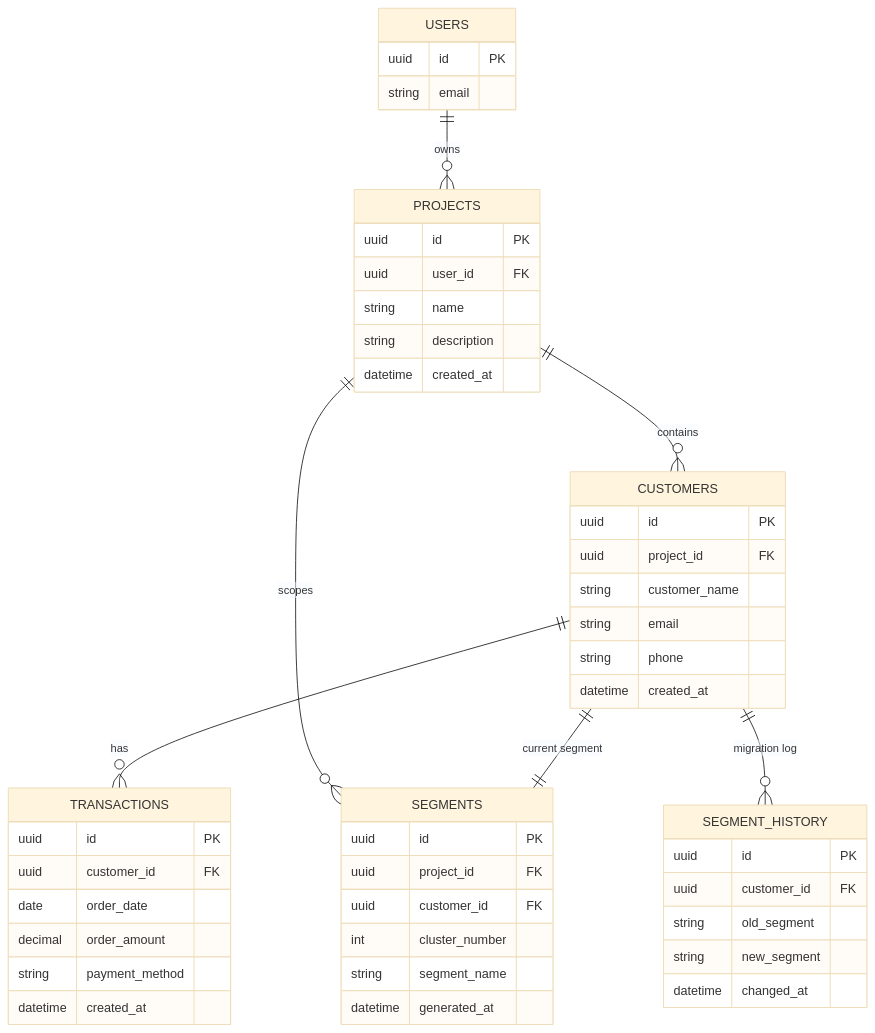
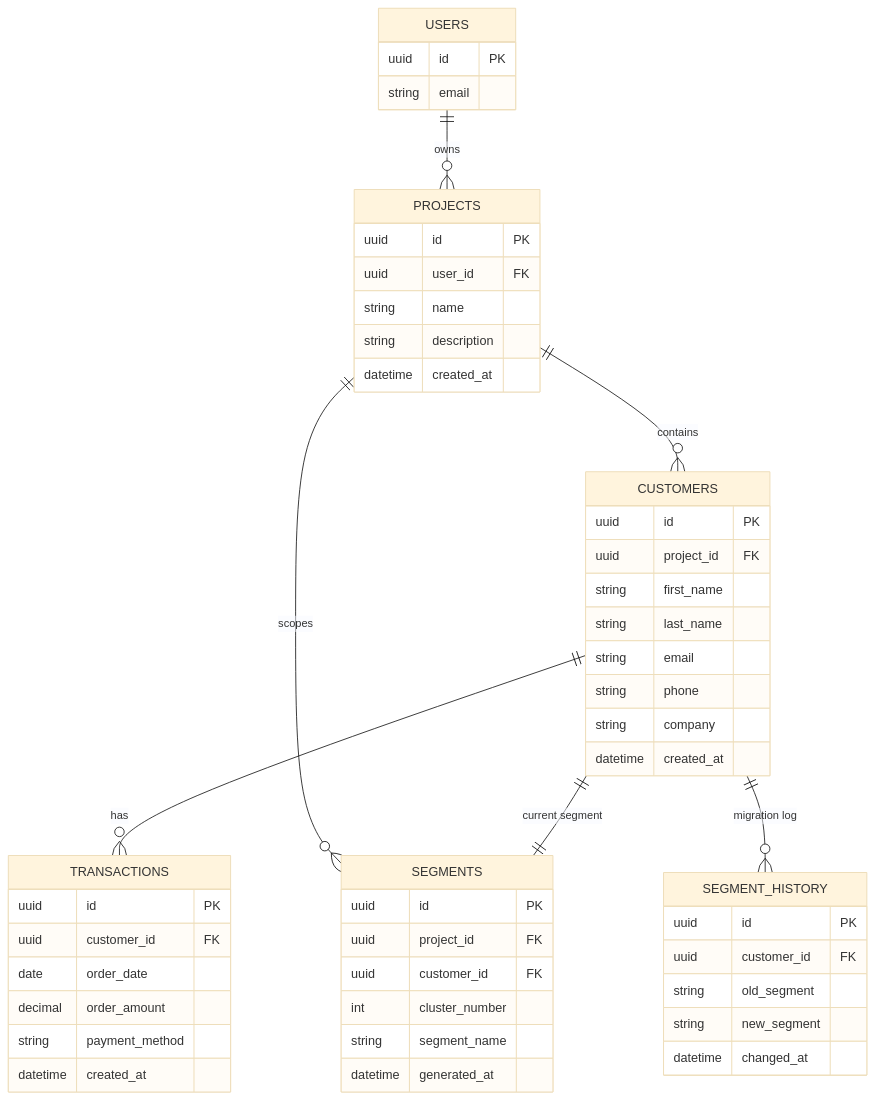
Before and after one commit to Despectinator/customer-intelligence-platform: the diagram in docs/architecture/ER-Diagram.md, drawn with Mermaid (base theme). The commit also changed 3 other files, not shown here.

Commit message:
docs: update schema and API docs to match first_name/last_name/company fields and nested customer routes

````diff
--- a/docs/architecture/ER-Diagram.md
+++ b/docs/architecture/ER-Diagram.md
@@ -7,58 +7,60 @@
 ```mermaid
 erDiagram
 
     USERS ||--o{ PROJECTS : owns
     PROJECTS ||--o{ CUSTOMERS : contains
     PROJECTS ||--o{ SEGMENTS : scopes
     CUSTOMERS ||--o{ TRANSACTIONS : has
     CUSTOMERS ||--|| SEGMENTS : "current segment"
     CUSTOMERS ||--o{ SEGMENT_HISTORY : "migration log"
 
     USERS {
         uuid id PK
         string email
     }
 
     PROJECTS {
         uuid id PK
         uuid user_id FK
         string name
         string description
         datetime created_at
     }
 
     CUSTOMERS {
         uuid id PK
         uuid project_id FK
-        string customer_name
+        string first_name
+        string last_name
         string email
         string phone
+        string company
         datetime created_at
     }
 
     TRANSACTIONS {
         uuid id PK
         uuid customer_id FK
         date order_date
         decimal order_amount
         string payment_method
         datetime created_at
     }
 
     SEGMENTS {
         uuid id PK
         uuid project_id FK
         uuid customer_id FK
         int cluster_number
         string segment_name
         datetime generated_at
     }
 
     SEGMENT_HISTORY {
         uuid id PK
         uuid customer_id FK
         string old_segment
         string new_segment
         datetime changed_at
     }
 ```
````
